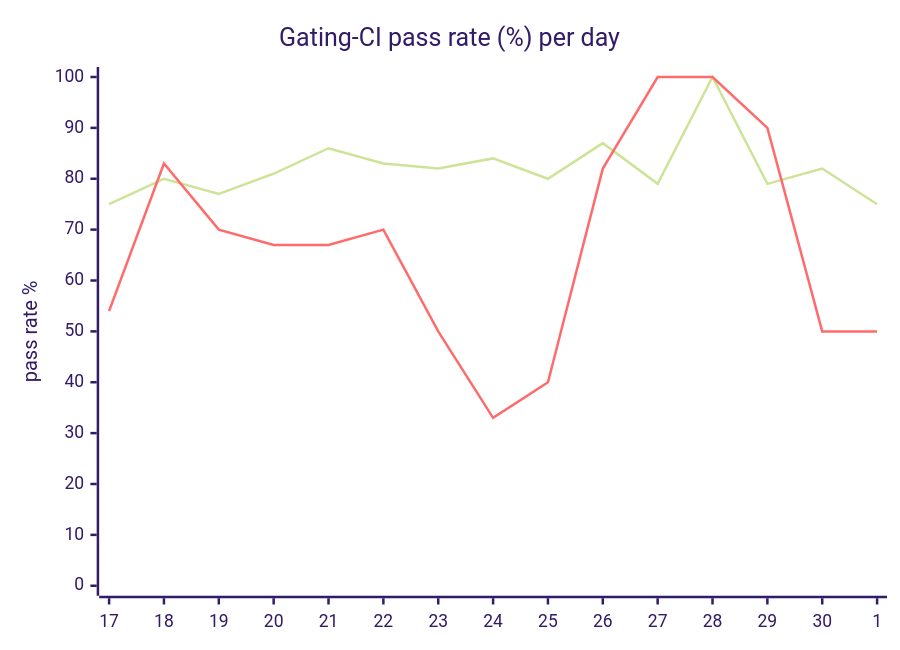
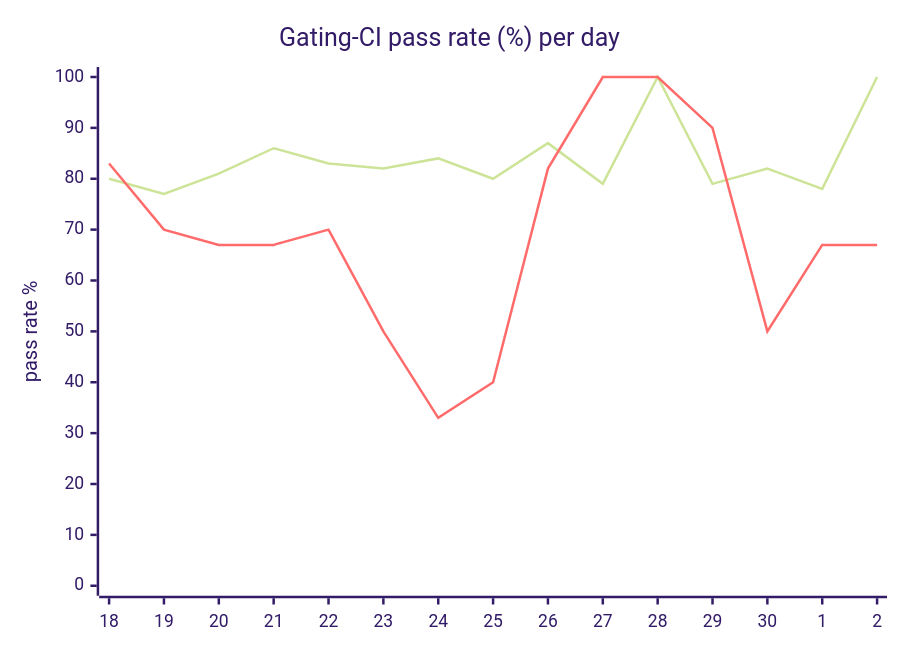
The diagram in hack/ci/ci-dashboard/staging/issue.md (hatchet-dev/hatchet), drawn with Mermaid (forest theme) before and after one commit. The commit also changed other lines of this file, not shown here.

````diff
--- a/hack/ci/ci-dashboard/staging/issue.md
+++ b/hack/ci/ci-dashboard/staging/issue.md
@@ -9,8 +9,8 @@
 ```mermaid
 xychart-beta
   title "Gating-CI pass rate (%) per day"
-  x-axis [17, 18, 19, 20, 21, 22, 23, 24, 25, 26, 27, 28, 29, 30, 1]
+  x-axis [18, 19, 20, 21, 22, 23, 24, 25, 26, 27, 28, 29, 30, 1, 2]
   y-axis "pass rate %" 0 --> 100
-  line "CI" [75, 80, 77, 81, 86, 83, 82, 84, 80, 87, 79, 100, 79, 82, 75]
-  line "main" [54, 83, 70, 67, 67, 70, 50, 33, 40, 82, 100, 100, 90, 50, 50]
+  line "CI" [80, 77, 81, 86, 83, 82, 84, 80, 87, 79, 100, 79, 82, 78, 100]
+  line "main" [83, 70, 67, 67, 70, 50, 33, 40, 82, 100, 100, 90, 50, 67, 67]
 ```
````
